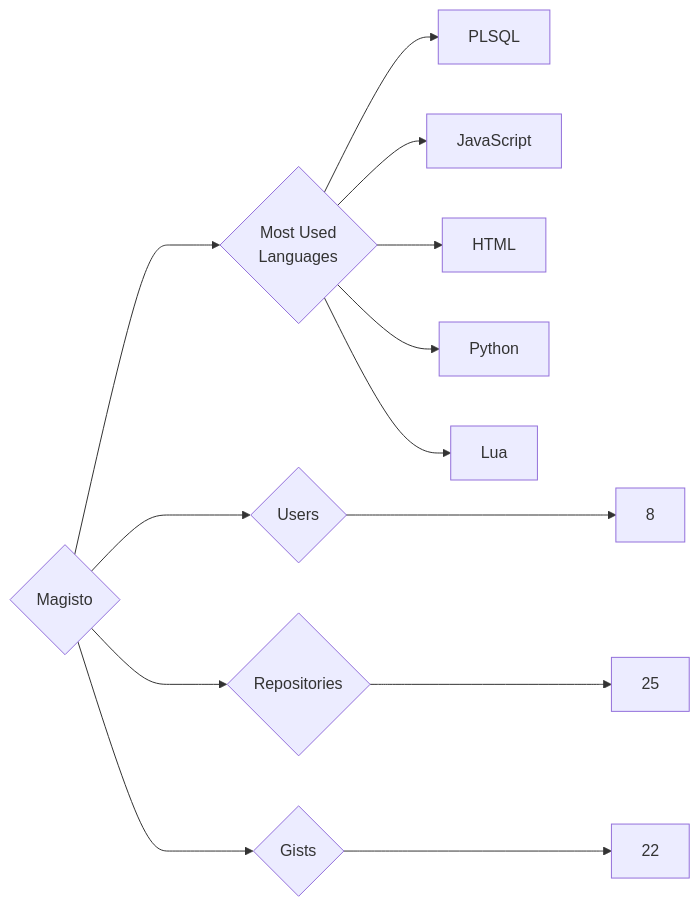
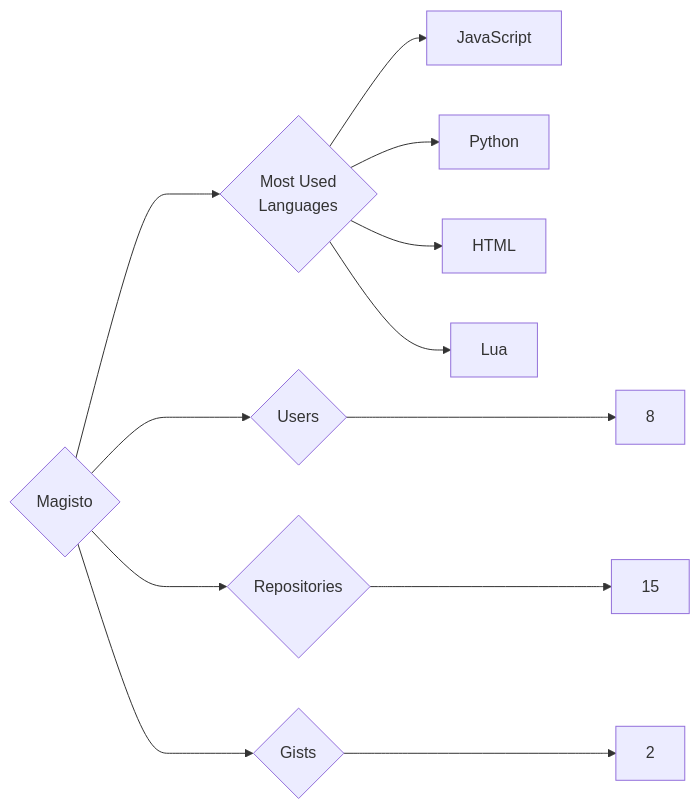
Before and after one commit to trickest/insiders: the diagram in targets/Magisto/README.md, drawn with Mermaid. The commit also changed 1389 other files, not shown here.

````diff
--- a/targets/Magisto/README.md
+++ b/targets/Magisto/README.md
@@ -3,13 +3,12 @@
 ```mermaid
 graph LR
 COMPANY_NAME{Magisto}
 COMPANY_NAME ---> U{Users} ---> UN[8]
-COMPANY_NAME ---> R{Repositories} ---> RN[25]
-COMPANY_NAME ---> G{Gists} ---> GN[22]
+COMPANY_NAME ---> R{Repositories} ---> RN[15]
+COMPANY_NAME ---> G{Gists} ---> GN[2]
 COMPANY_NAME ---> ML{Most Used<br>Languages}
-ML --> PLSQL[PLSQL]
 ML --> JavaScript[JavaScript]
+ML --> Python[Python]
 ML --> HTML[HTML]
-ML --> Python[Python]
 ML --> Lua[Lua]
 ```
````
